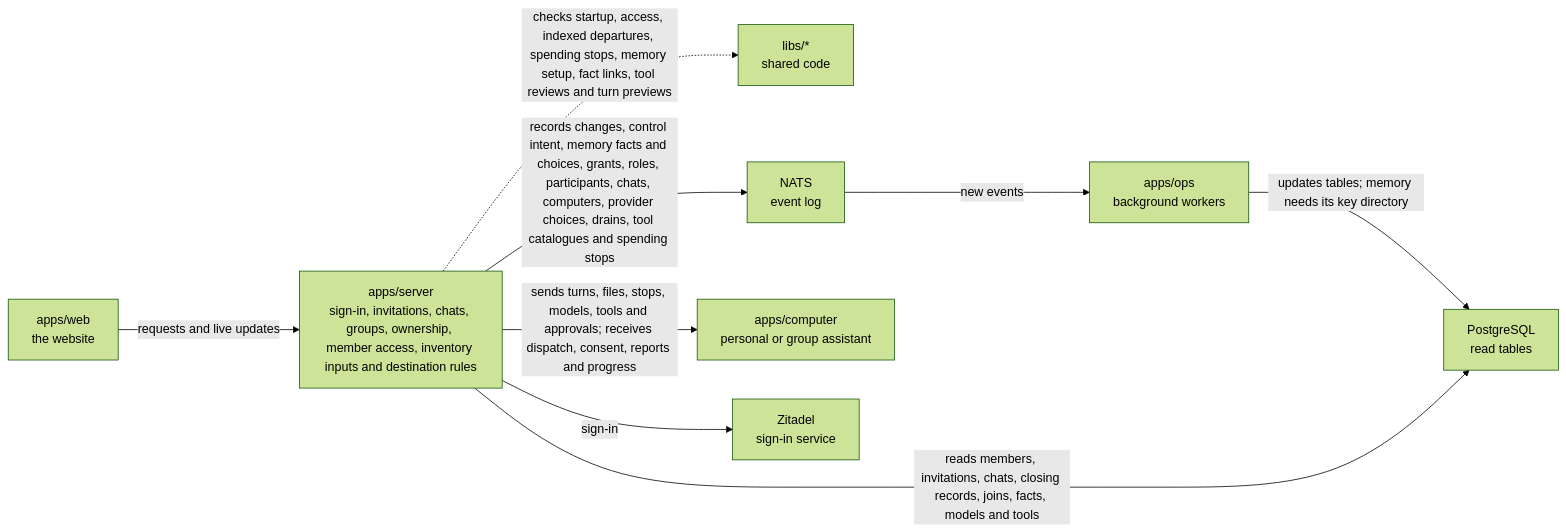
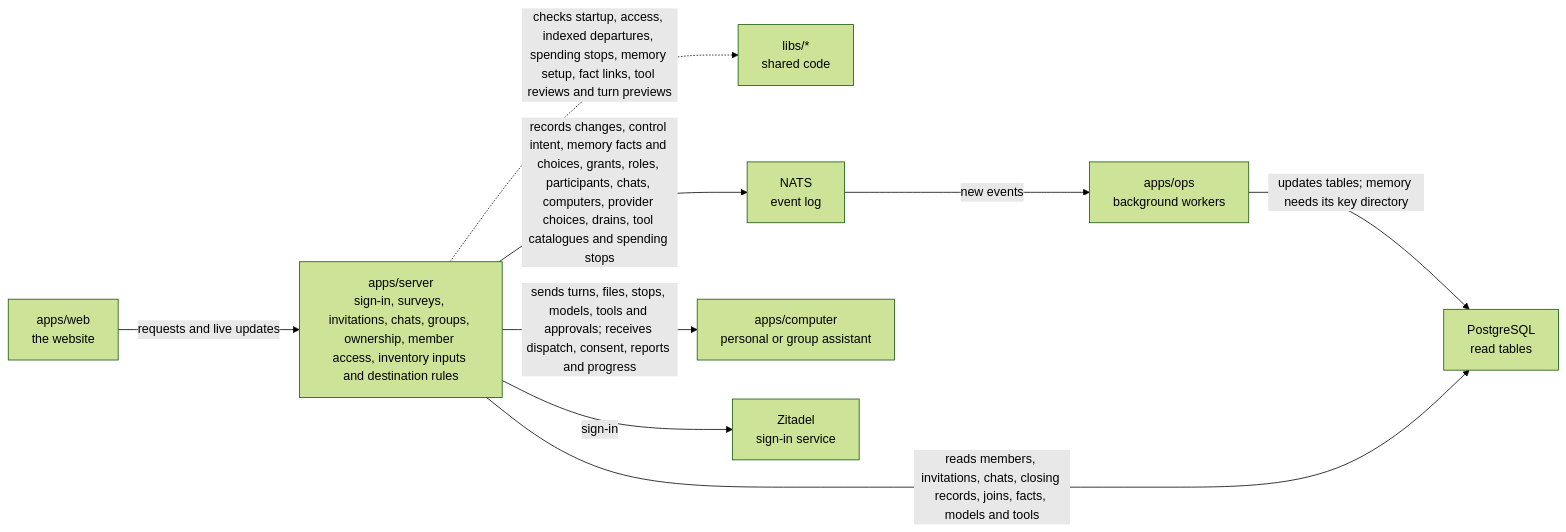
The diagram in apps/server/README.md (elewa-git/opencrane-new), drawn with Mermaid (forest theme) before and after one commit. The commit also changed other lines of this file and 7 other files, not shown here.

Commit message:
🧾 Save and restart welcome surveys through checked member HTTP routes.

````diff
--- a/apps/server/README.md
+++ b/apps/server/README.md
@@ -11,11 +11,11 @@
 ```mermaid
 flowchart LR
-  web["apps/web<br/>the website"] -->|requests and live updates| server["apps/server<br/>sign-in, invitations, chats, groups, ownership, member access, inventory inputs and destination rules"]
+  web["apps/web<br/>the website"] -->|requests and live updates| server["apps/server<br/>sign-in, surveys, invitations, chats, groups, ownership, member access, inventory inputs and destination rules"]
   server -.->|checks startup, access, indexed departures, spending stops, memory setup, fact links, tool reviews and turn previews| libs["libs/*<br/>shared code"]
   server -->|records changes, control intent, memory facts and choices, grants, roles, participants, chats, computers, provider choices, drains, tool catalogues and spending stops| nats["NATS<br/>event log"]
   nats -->|new events| ops["apps/ops<br/>background workers"]
   ops -->|updates tables; memory needs its key directory| postgres["PostgreSQL<br/>read tables"]
   server -->|reads members, invitations, chats, closing records, joins, facts, models and tools| postgres
   server -->|sends turns, files, stops, models, tools and approvals; receives dispatch, consent, reports and progress| computer["apps/computer<br/>personal or group assistant"]
   server -->|sign-in| zitadel["Zitadel<br/>sign-in service"]
 ```
````
